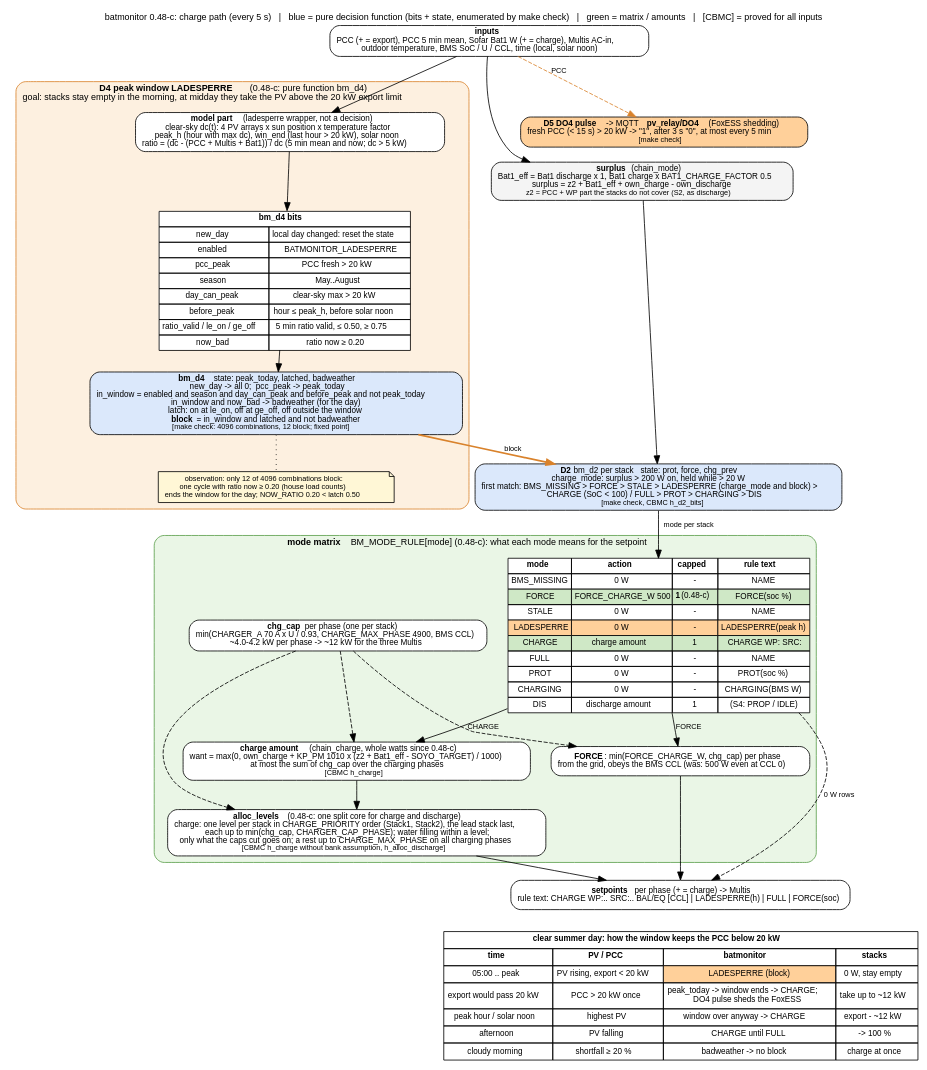
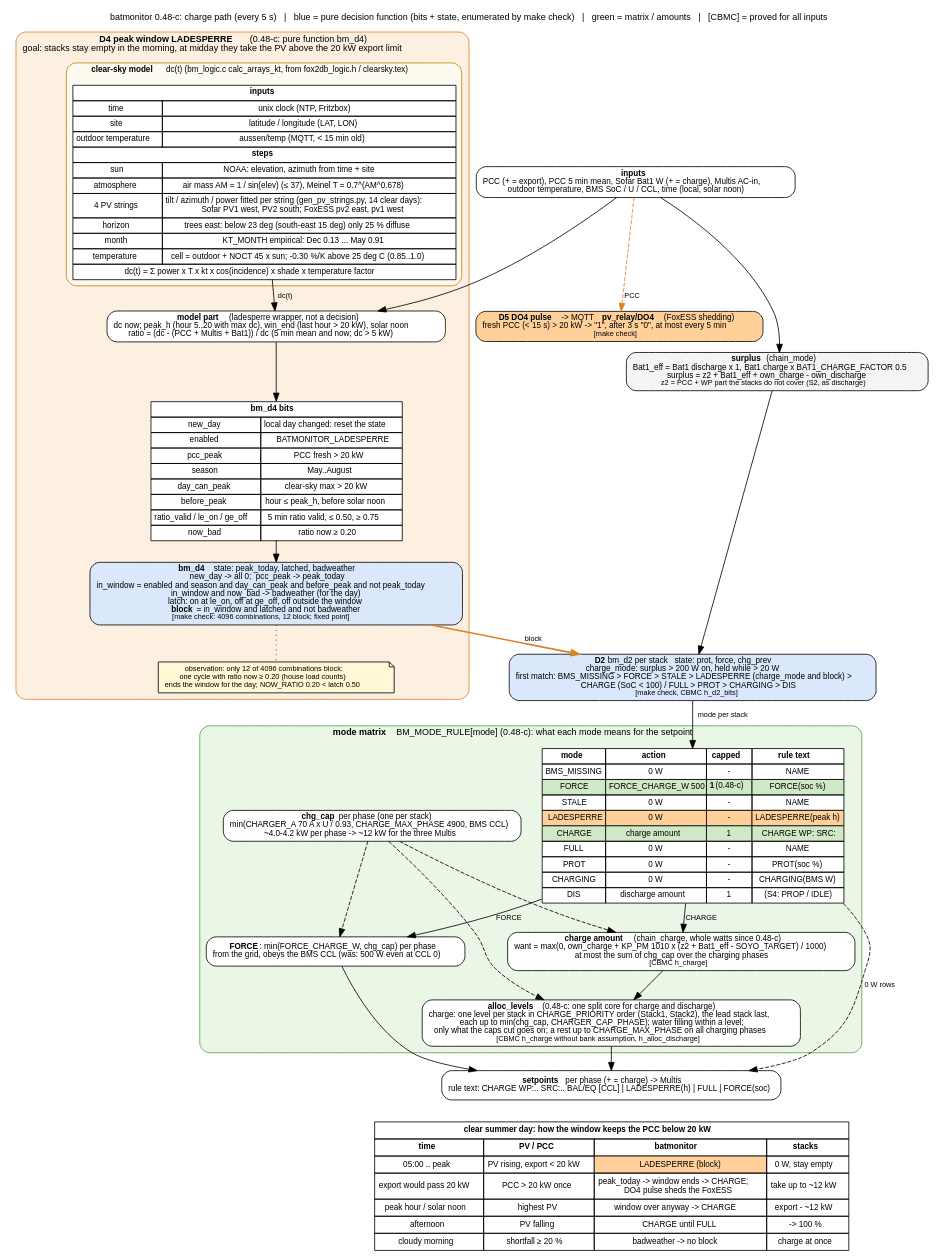
Before and after one commit to gerontec/victron: the diagram in docs/charge_flow.dot, drawn with Graphviz. The commit also changed 2 other files, not shown here.

Commit message:
docs/charge_flow: where the clear-sky model comes from (inputs, NOAA sun, Meinel air mass, 4 fitted strings, tree horizon, KT_MONTH, temperature factor)

```diff
--- a/docs/charge_flow.dot
+++ b/docs/charge_flow.dot
@@ -1,91 +1,111 @@
 // batmonitor 0.48-c: charge path of one cycle as decision matrices, with the summer peak window (D4 LADESPERRE)
 // that keeps the stacks free in the morning so they take the midday PV and the PCC export stays below 20 kW.
 // render: dot -Tpdf charge_flow.dot -o charge_flow.pdf   (or -Tpng)
 digraph charge {
 	graph [rankdir=TB, fontname="Helvetica", fontsize=11, nodesep=0.35, ranksep=0.35, newrank=true,
 		   label="batmonitor 0.48-c: charge path (every 5 s)   |   blue = pure decision function (bits + state, enumerated by make check)   |   green = matrix / amounts   |   [CBMC] = proved for all inputs",
 		   labelloc=t];
 	node [shape=box, style="rounded,filled", fillcolor="#f4f4f4", fontname="Helvetica", fontsize=10];
 	edge [fontname="Helvetica", fontsize=9];
 
 	in [label=<<b>inputs</b><br/>PCC (+ = export), PCC 5 min mean, Sofar Bat1 W (+ = charge), Multis AC-in,<br/>outdoor temperature, BMS SoC / U / CCL, time (local, solar noon)>, fillcolor="#ffffff"];
 
 	surplus [label=<<b>surplus</b> (chain_mode)<br/>Bat1_eff = Bat1 discharge x 1, Bat1 charge x BAT1_CHARGE_FACTOR 0.5<br/>surplus = z2 + Bat1_eff + own_charge - own_discharge<br/><font point-size="9">z2 = PCC + WP part the stacks do not cover (S2, as discharge)</font>>];
 
 	subgraph cluster_d4 {
 		label=<<b>D4 peak window LADESPERRE</b> (0.48-c: pure function bm_d4)<br/>goal: stacks stay empty in the morning, at midday they take the PV above the 20 kW export limit>;
 		style="rounded,filled"; fillcolor="#fdf0e0"; color="#d9822b"; fontsize=11;
-		model [label=<<b>model part</b> (ladesperre wrapper, not a decision)<br/>clear-sky dc(t): 4 PV arrays x sun position x temperature factor<br/>peak_h (hour with max dc), win_end (last hour &gt; 20 kW), solar noon<br/>ratio = (dc - (PCC + Multis + Bat1)) / dc (5 min mean and now; dc &gt; 5 kW)>, fillcolor="#ffffff"];
+		subgraph cluster_sky {
+			label=<<b>clear-sky model</b> dc(t) (bm_logic.c calc_arrays_kt, from fox2db_logic.h / clearsky.tex)>;
+			style="rounded,filled"; fillcolor="#fffaf0"; color="#b8860b"; fontsize=10;
+			sky [shape=plain, label=<
+				<table border="0" cellborder="1" cellspacing="0" cellpadding="3" bgcolor="#ffffff">
+				<tr><td colspan="2"><b>inputs</b></td></tr>
+				<tr><td>time</td><td>unix clock (NTP, Fritzbox)</td></tr>
+				<tr><td>site</td><td>latitude / longitude (LAT, LON)</td></tr>
+				<tr><td>outdoor temperature</td><td>aussen/temp (MQTT, &lt; 15 min old)</td></tr>
+				<tr><td colspan="2"><b>steps</b></td></tr>
+				<tr><td>sun</td><td>NOAA: elevation, azimuth from time + site</td></tr>
+				<tr><td>atmosphere</td><td>air mass AM = 1 / sin(elev) (&le; 37), Meinel T = 0.7^(AM^0.678)</td></tr>
+				<tr><td>4 PV strings</td><td>tilt / azimuth / power fitted per string (gen_pv_strings.py, 14 clear days):<br/>Sofar PV1 west, PV2 south; FoxESS pv2 east, pv1 west</td></tr>
+				<tr><td>horizon</td><td>trees east: below 23 deg (south-east 15 deg) only 25 % diffuse</td></tr>
+				<tr><td>month</td><td>KT_MONTH empirical: Dec 0.13 ... May 0.91</td></tr>
+				<tr><td>temperature</td><td>cell = outdoor + NOCT 45 x sun; -0.30 %/K above 25 deg C (0.85..1.0)</td></tr>
+				<tr><td colspan="2">dc(t) = &Sigma; power x T x kt x cos(incidence) x shade x temperature factor</td></tr>
+				</table>>];
+		}
+		model [label=<<b>model part</b> (ladesperre wrapper, not a decision)<br/>dc now; peak_h (hour 5..20 with max dc), win_end (last hour &gt; 20 kW), solar noon<br/>ratio = (dc - (PCC + Multis + Bat1)) / dc (5 min mean and now; dc &gt; 5 kW)>, fillcolor="#ffffff"];
+		sky -> model [label=" dc(t)"];
 		d4bits [shape=plain, label=<
 			<table border="0" cellborder="1" cellspacing="0" cellpadding="3" bgcolor="#ffffff">
 			<tr><td colspan="2"><b>bm_d4 bits</b></td></tr>
 			<tr><td>new_day</td><td>local day changed: reset the state</td></tr>
 			<tr><td>enabled</td><td>BATMONITOR_LADESPERRE</td></tr>
 			<tr><td>pcc_peak</td><td>PCC fresh &gt; 20 kW</td></tr>
 			<tr><td>season</td><td>May..August</td></tr>
 			<tr><td>day_can_peak</td><td>clear-sky max &gt; 20 kW</td></tr>
 			<tr><td>before_peak</td><td>hour &le; peak_h, before solar noon</td></tr>
 			<tr><td>ratio_valid / le_on / ge_off</td><td>5 min ratio valid, &le; 0.50, &ge; 0.75</td></tr>
 			<tr><td>now_bad</td><td>ratio now &ge; 0.20</td></tr>
 			</table>>];
 		d4 [label=<<b>bm_d4</b>   state: peak_today, latched, badweather<br/>new_day -&gt; all 0;  pcc_peak -&gt; peak_today<br/>in_window = enabled and season and day_can_peak and before_peak and not peak_today<br/>in_window and now_bad -&gt; badweather (for the day)<br/>latch: on at le_on, off at ge_off, off outside the window<br/><b>block</b> = in_window and latched and not badweather<br/><font point-size="9">[make check: 4096 combinations, 12 block; fixed point]</font>>, fillcolor="#dbe8fb"];
 		note_ls [shape=note, fillcolor="#fff7d6", fontsize=9, label=<observation: only 12 of 4096 combinations block:<br/>one cycle with ratio now &ge; 0.20 (house load counts)<br/>ends the window for the day; NOW_RATIO 0.20 &lt; latch 0.50>];
 		model -> d4bits -> d4;
 		d4 -> note_ls [style=dotted, arrowhead=none];
 	}
 
 	d2 [label=<<b>D2</b> bm_d2 per stack   state: prot, force, chg_prev<br/>charge_mode: surplus &gt; 200 W on, held while &gt; 20 W<br/>first match: BMS_MISSING &gt; FORCE &gt; STALE &gt; LADESPERRE (charge_mode and block) &gt;<br/>CHARGE (SoC &lt; 100) / FULL &gt; PROT &gt; CHARGING &gt; DIS<br/><font point-size="9">[make check, CBMC h_d2_bits]</font>>, fillcolor="#dbe8fb"];
 
 	subgraph cluster_mode {
 		label=<<b>mode matrix</b> BM_MODE_RULE[mode] (0.48-c): what each mode means for the setpoint>;
 		style="rounded,filled"; fillcolor="#eaf6e6"; color="#5a9e4b"; fontsize=11;
 		mrule [shape=plain, label=<
 			<table border="0" cellborder="1" cellspacing="0" cellpadding="3" bgcolor="#ffffff">
 			<tr><td><b>mode</b></td><td><b>action</b></td><td><b>capped</b></td><td><b>rule text</b></td></tr>
 			<tr><td>BMS_MISSING</td><td>0 W</td><td>-</td><td>NAME</td></tr>
 			<tr><td bgcolor="#cfe8c6">FORCE</td><td bgcolor="#cfe8c6">FORCE_CHARGE_W 500</td><td bgcolor="#cfe8c6"><b>1</b> (0.48-c)</td><td bgcolor="#cfe8c6">FORCE(soc %)</td></tr>
 			<tr><td>STALE</td><td>0 W</td><td>-</td><td>NAME</td></tr>
 			<tr><td bgcolor="#ffd09a">LADESPERRE</td><td bgcolor="#ffd09a">0 W</td><td bgcolor="#ffd09a">-</td><td bgcolor="#ffd09a">LADESPERRE(peak h)</td></tr>
 			<tr><td bgcolor="#cfe8c6">CHARGE</td><td bgcolor="#cfe8c6">charge amount</td><td bgcolor="#cfe8c6">1</td><td bgcolor="#cfe8c6">CHARGE WP: SRC:</td></tr>
 			<tr><td>FULL</td><td>0 W</td><td>-</td><td>NAME</td></tr>
 			<tr><td>PROT</td><td>0 W</td><td>-</td><td>PROT(soc %)</td></tr>
 			<tr><td>CHARGING</td><td>0 W</td><td>-</td><td>CHARGING(BMS W)</td></tr>
 			<tr><td>DIS</td><td>discharge amount</td><td>1</td><td>(S4: PROP / IDLE)</td></tr>
 			</table>>];
 		force [label=<<b>FORCE</b>: min(FORCE_CHARGE_W, chg_cap) per phase<br/>from the grid, obeys the BMS CCL (was: 500 W even at CCL 0)>, fillcolor="#ffffff"];
 		amount [label=<<b>charge amount</b> (chain_charge, whole watts since 0.48-c)<br/>want = max(0, own_charge + KP_PM 1010 x (z2 + Bat1_eff - SOYO_TARGET) / 1000)<br/>at most the sum of chg_cap over the charging phases<br/><font point-size="9">[CBMC h_charge]</font>>, fillcolor="#ffffff"];
 		caps [label=<<b>chg_cap</b> per phase (one per stack)<br/>min(CHARGER_A 70 A x U / 0.93, CHARGE_MAX_PHASE 4900, BMS CCL)<br/>~4.0-4.2 kW per phase -&gt; ~12 kW for the three Multis>, fillcolor="#ffffff"];
 		alloc [label=<<b>alloc_levels</b> (0.48-c: one split core for charge and discharge)<br/>charge: one level per stack in CHARGE_PRIORITY order (Stack1, Stack2), the lead stack last,<br/>each up to min(chg_cap, CHARGER_CAP_PHASE); water filling within a level;<br/>only what the caps cut goes on; a rest up to CHARGE_MAX_PHASE on all charging phases<br/><font point-size="9">[CBMC h_charge without bank assumption, h_alloc_discharge]</font>>, fillcolor="#ffffff"];
 		mrule -> force [label=" FORCE"];
 		mrule -> amount [label=" CHARGE"];
 		caps -> amount [style=dashed];
 		caps -> alloc [style=dashed];
 		caps -> force [style=dashed];
 		amount -> alloc;
 	}
 
 	do4 [label=<<b>D5 DO4 pulse</b> -&gt; MQTT <b>pv_relay/DO4</b> (FoxESS shedding)<br/>fresh PCC (&lt; 15 s) &gt; 20 kW -&gt; "1", after 3 s "0", at most every 5 min<br/><font point-size="9">[make check]</font>>, fillcolor="#ffd09a"];
 
 	out [label=<<b>setpoints</b> per phase (+ = charge) -&gt; Multis<br/>rule text: CHARGE WP:.. SRC:.. BAL/EQ [CCL] | LADESPERRE(h) | FULL | FORCE(soc)>, fillcolor="#ffffff"];
 
 	timeline [shape=plain, label=<
 		<table border="0" cellborder="1" cellspacing="0" cellpadding="4" bgcolor="#ffffff">
 		<tr><td colspan="4"><b>clear summer day: how the window keeps the PCC below 20 kW</b></td></tr>
 		<tr><td><b>time</b></td><td><b>PV / PCC</b></td><td><b>batmonitor</b></td><td><b>stacks</b></td></tr>
 		<tr><td>05:00 .. peak</td><td>PV rising, export &lt; 20 kW</td><td bgcolor="#ffd09a">LADESPERRE (block)</td><td>0 W, stay empty</td></tr>
 		<tr><td>export would pass 20 kW</td><td>PCC &gt; 20 kW once</td><td>peak_today -&gt; window ends -&gt; CHARGE;<br/>DO4 pulse sheds the FoxESS</td><td>take up to ~12 kW</td></tr>
 		<tr><td>peak hour / solar noon</td><td>highest PV</td><td>window over anyway -&gt; CHARGE</td><td>export - ~12 kW</td></tr>
 		<tr><td>afternoon</td><td>PV falling</td><td>CHARGE until FULL</td><td>-&gt; 100 %</td></tr>
 		<tr><td>cloudy morning</td><td>shortfall &ge; 20 %</td><td>badweather -&gt; no block</td><td>charge at once</td></tr>
 		</table>>];
 
 	in -> surplus -> d2;
 	in -> model;
 	in -> do4 [style=dashed, label=" PCC", color="#d9822b"];
 	d4 -> d2 [color="#d9822b", penwidth=2, label=" block"];
 	d2 -> mrule [label=" mode per stack"];
 	force -> out;
 	alloc -> out;
 	mrule -> out [label=" 0 W rows", style=dashed];
 	out -> timeline [style=invis];
 }
```
